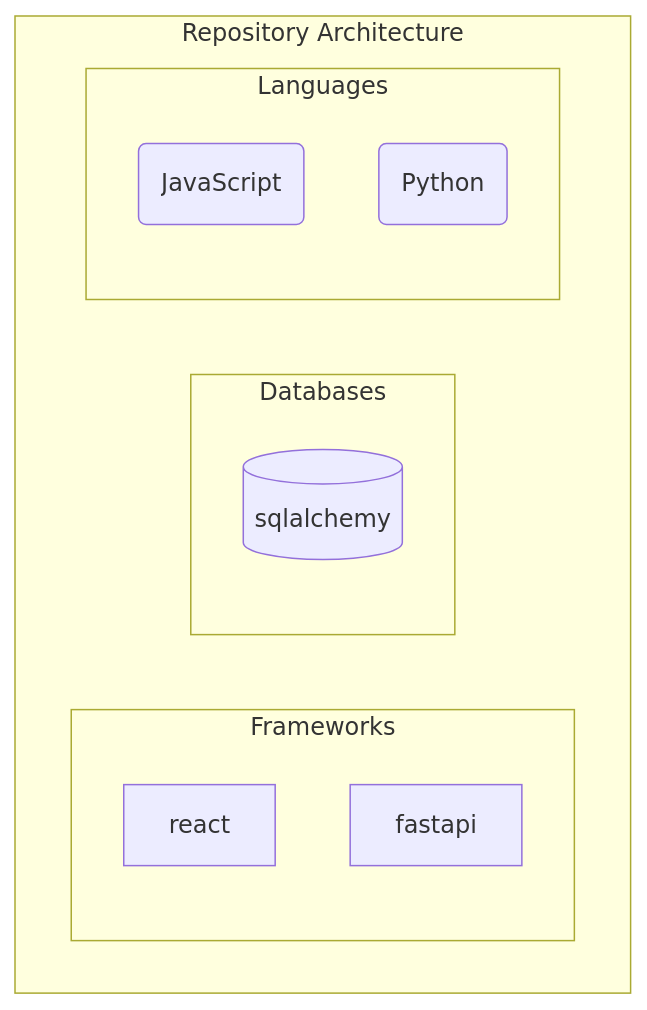
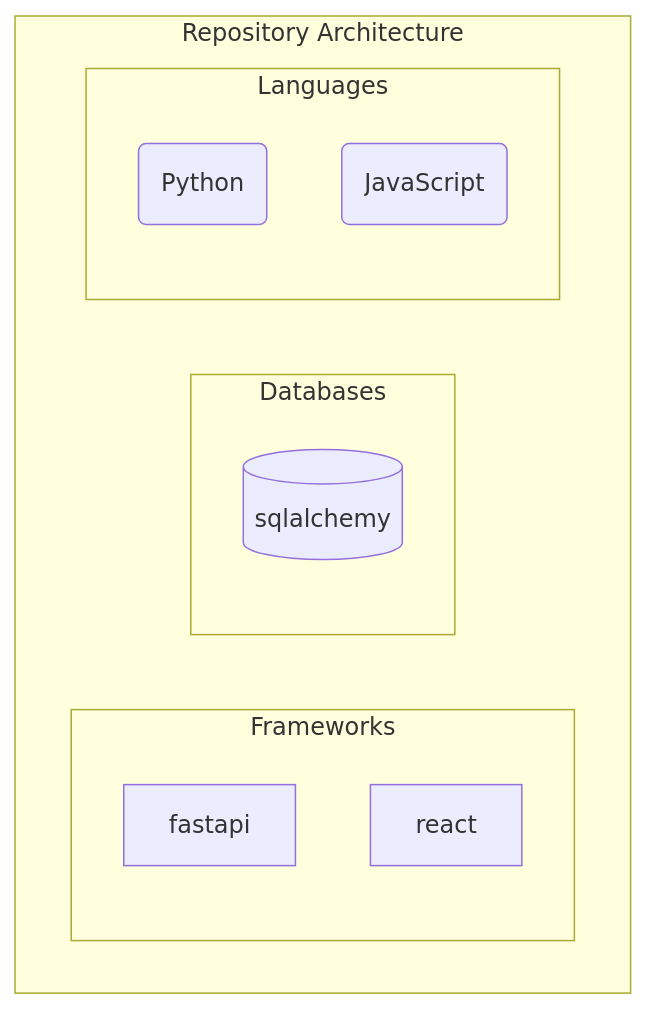
The diagram in architecture_diagram.md (NITISH-R-G/INFOSYS-SPRINGBOARD), drawn with Mermaid before and after one commit. The commit also changed 4 other files, not shown here.

Commit message:
docs: auto-update repository documentation and graphs

````diff
--- a/architecture_diagram.md
+++ b/architecture_diagram.md
@@ -1,16 +1,16 @@
 ```mermaid
 graph TD
     subgraph Repository Architecture
         subgraph Frameworks
-            F0[react]
-            F1[fastapi]
+            F0[fastapi]
+            F1[react]
         end
         subgraph Databases
             D0[(sqlalchemy)]
         end
         subgraph Languages
-            L0(JavaScript)
-            L1(Python)
+            L0(Python)
+            L1(JavaScript)
         end
     end
 ```
````
